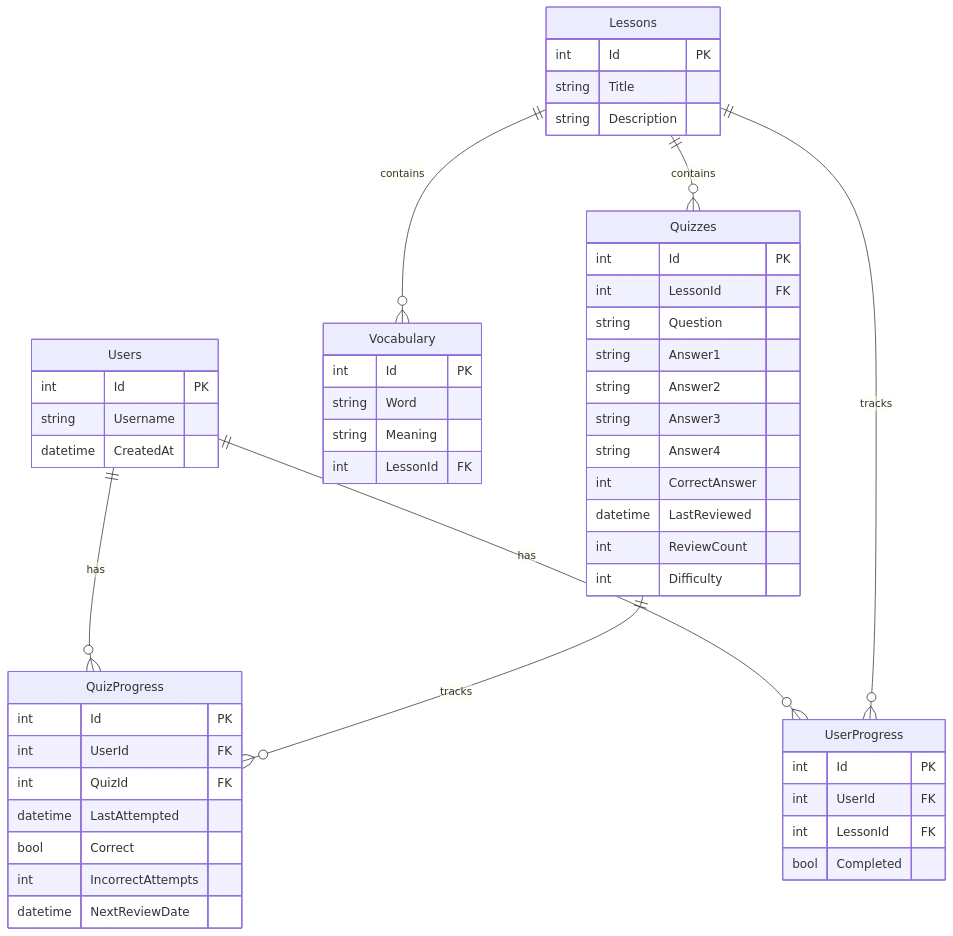
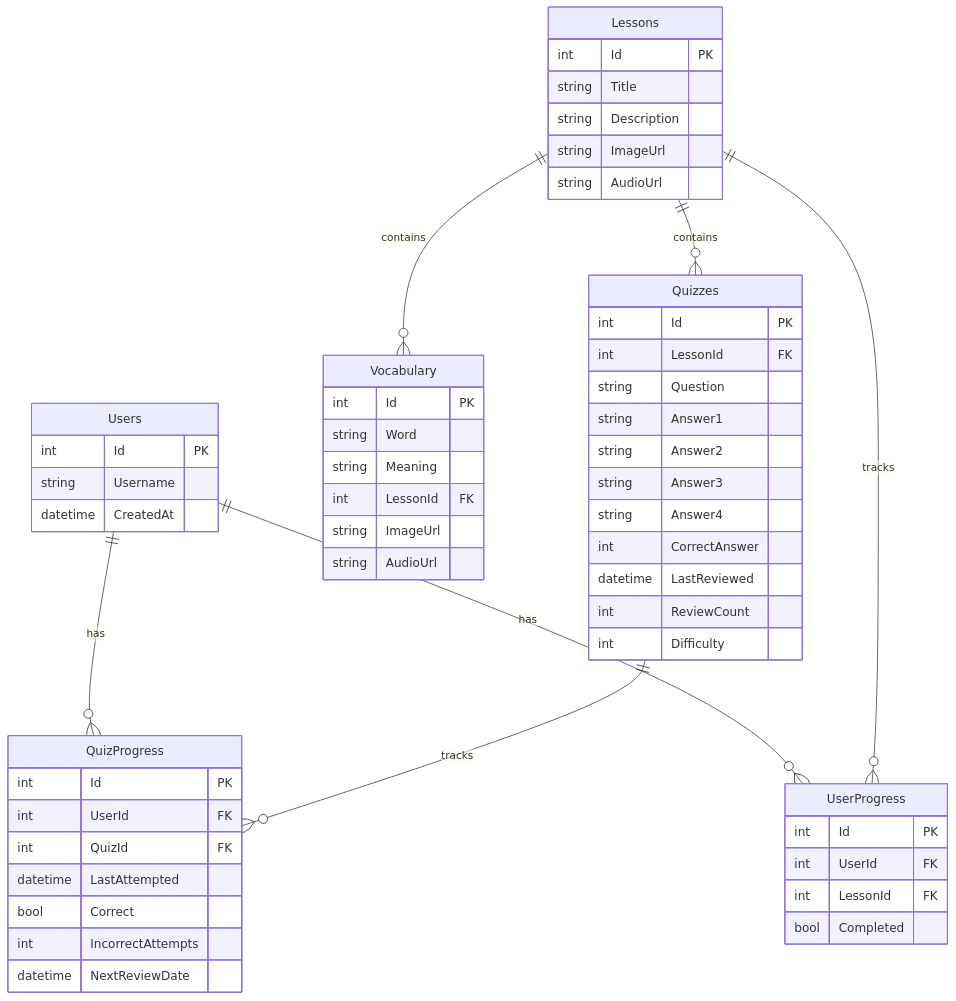
One commit to lhovius/KumanoKodo changed the diagram in docs/database_schema.md. Above: the diagram before and after it, drawn with Mermaid. The commit also changed other lines of this file and 7 other files, not shown here.

````diff
--- a/docs/database_schema.md
+++ b/docs/database_schema.md
@@ -5,59 +5,63 @@
 ```mermaid
 erDiagram
     Users ||--o{ UserProgress : has
     Users ||--o{ QuizProgress : has
     Lessons ||--o{ Vocabulary : contains
     Lessons ||--o{ Quizzes : contains
     Lessons ||--o{ UserProgress : tracks
     Quizzes ||--o{ QuizProgress : tracks
 
     Users {
         int Id PK
         string Username
         datetime CreatedAt
     }
 
     Lessons {
         int Id PK
         string Title
         string Description
+        string ImageUrl
+        string AudioUrl
     }
 
     Vocabulary {
         int Id PK
         string Word
         string Meaning
         int LessonId FK
+        string ImageUrl
+        string AudioUrl
     }
 
     UserProgress {
         int Id PK
         int UserId FK
         int LessonId FK
         bool Completed
     }
 
     Quizzes {
         int Id PK
         int LessonId FK
         string Question
         string Answer1
         string Answer2
         string Answer3
         string Answer4
         int CorrectAnswer
         datetime LastReviewed
         int ReviewCount
         int Difficulty
     }
 
     QuizProgress {
         int Id PK
         int UserId FK
         int QuizId FK
         datetime LastAttempted
         bool Correct
         int IncorrectAttempts
         datetime NextReviewDate
     }
 ```
````
